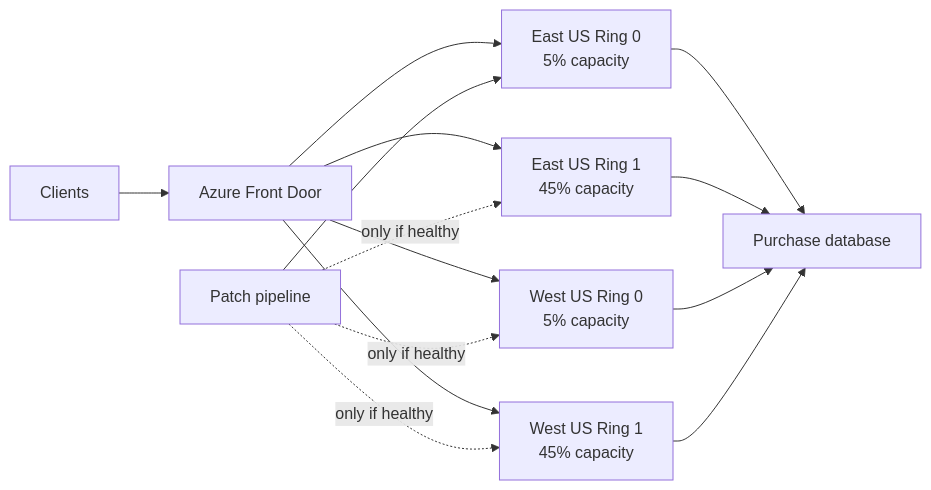
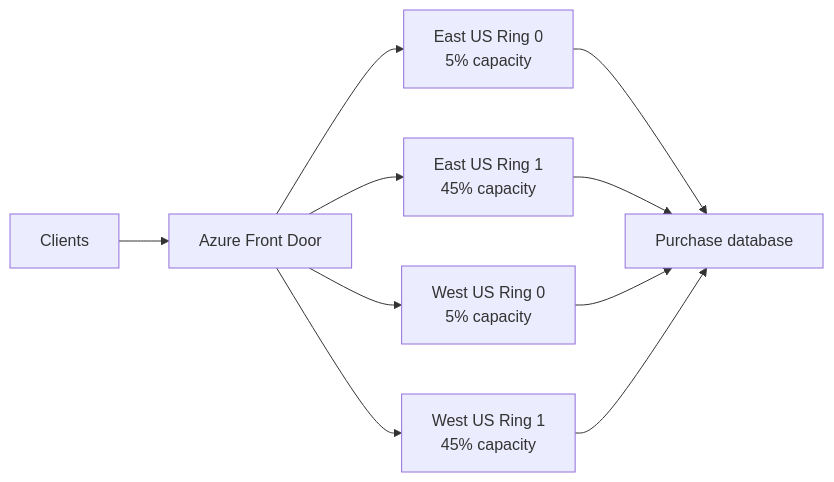
One commit to nimeshddesai/cloudmain changed the third of 5 diagrams in demo-dotnet/docs/investor-demo-one-pager.md. Above: the diagram before and after it, drawn with Mermaid. The commit also changed other lines of this file, not shown here.

Commit message:
Separate runtime and deployment diagrams

````diff
--- a/demo-dotnet/docs/investor-demo-one-pager.md
+++ b/demo-dotnet/docs/investor-demo-one-pager.md
@@ -61,16 +73,12 @@
 ```mermaid
 flowchart LR
     C["Clients"] --> AFD["Azure Front Door"]
     AFD --> E0["East US Ring 0\n5% capacity"]
     AFD --> E1["East US Ring 1\n45% capacity"]
     AFD --> W0["West US Ring 0\n5% capacity"]
     AFD --> W1["West US Ring 1\n45% capacity"]
     E0 --> DB["Purchase database"]
     E1 --> DB
     W0 --> DB
     W1 --> DB
-    P["Patch pipeline"] --> E0
-    P -. "only if healthy" .-> E1
-    P -. "only if healthy" .-> W0
-    P -. "only if healthy" .-> W1
 ```
````
